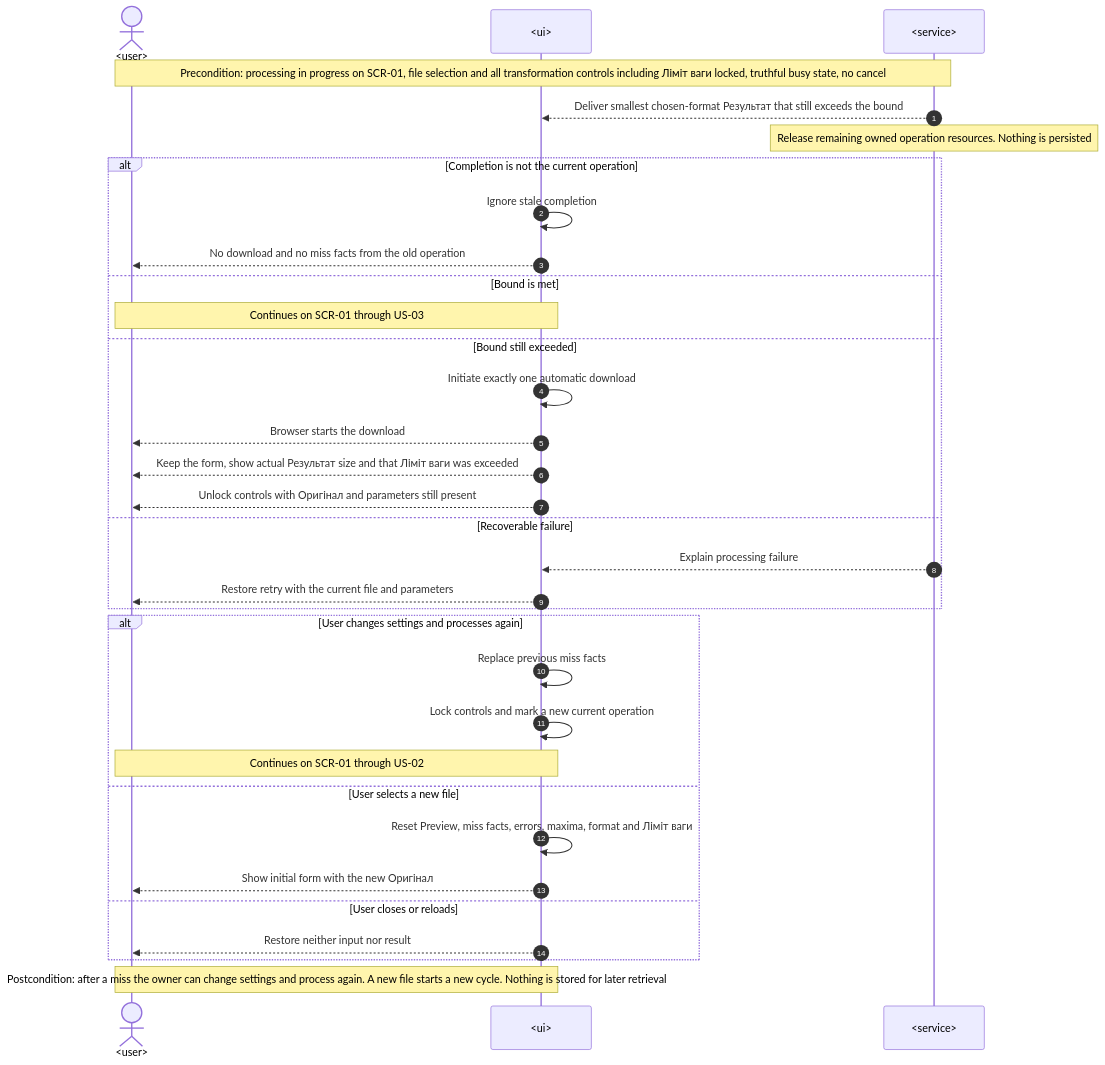
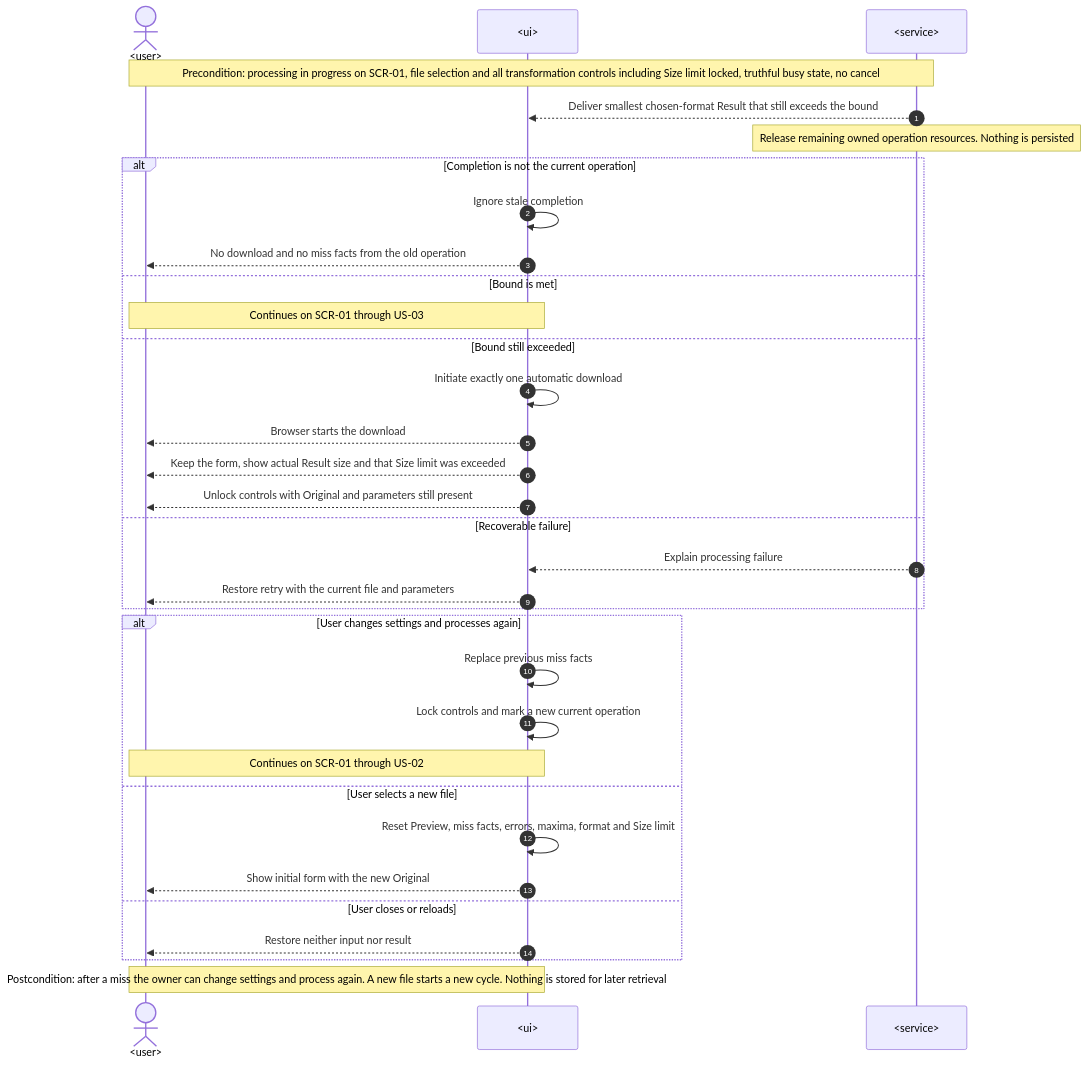
The seventh of 8 diagrams in docs/features/image-size-limit/sad.md (shved270189/image_compressor), drawn with Mermaid before and after one commit. The commit also changed other lines of this file and 46 other files, not shown here.

````diff
--- a/docs/features/image-size-limit/sad.md
+++ b/docs/features/image-size-limit/sad.md
@@ -248,36 +248,36 @@
 ```mermaid
 sequenceDiagram
     autonumber
     actor U as <user>
     participant UI as <ui>
     participant S as <service>
 
-    Note over U,S: Precondition: processing in progress on SCR-01, file selection and all transformation controls including Ліміт ваги locked, truthful busy state, no cancel
-    S-->>UI: Deliver smallest chosen-format Результат that still exceeds the bound
+    Note over U,S: Precondition: processing in progress on SCR-01, file selection and all transformation controls including Size limit locked, truthful busy state, no cancel
+    S-->>UI: Deliver smallest chosen-format Result that still exceeds the bound
     Note over S: Release remaining owned operation resources. Nothing is persisted
     alt Completion is not the current operation
         UI->>UI: Ignore stale completion
         UI-->>U: No download and no miss facts from the old operation
     else Bound is met
         Note over U,UI: Continues on SCR-01 through US-03
     else Bound still exceeded
         UI->>UI: Initiate exactly one automatic download
         UI-->>U: Browser starts the download
-        UI-->>U: Keep the form, show actual Результат size and that Ліміт ваги was exceeded
-        UI-->>U: Unlock controls with Оригінал and parameters still present
+        UI-->>U: Keep the form, show actual Result size and that Size limit was exceeded
+        UI-->>U: Unlock controls with Original and parameters still present
     else Recoverable failure
         S-->>UI: Explain processing failure
         UI-->>U: Restore retry with the current file and parameters
     end
     alt User changes settings and processes again
         UI->>UI: Replace previous miss facts
         UI->>UI: Lock controls and mark a new current operation
         Note over U,UI: Continues on SCR-01 through US-02
     else User selects a new file
-        UI->>UI: Reset Preview, miss facts, errors, maxima, format and Ліміт ваги
-        UI-->>U: Show initial form with the new Оригінал
+        UI->>UI: Reset Preview, miss facts, errors, maxima, format and Size limit
+        UI-->>U: Show initial form with the new Original
     else User closes or reloads
         UI-->>U: Restore neither input nor result
     end
     Note over U,UI: Postcondition: after a miss the owner can change settings and process again. A new file starts a new cycle. Nothing is stored for later retrieval
 ```
````
